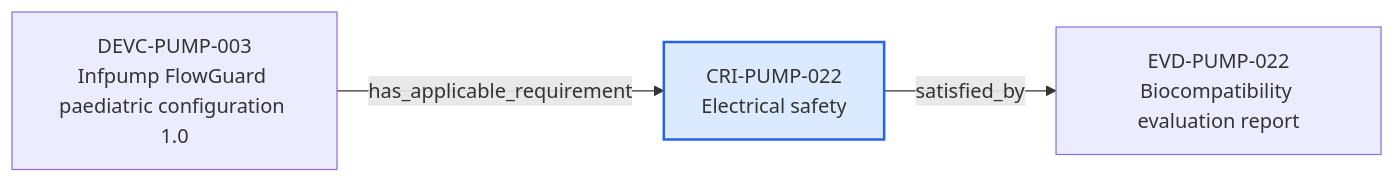
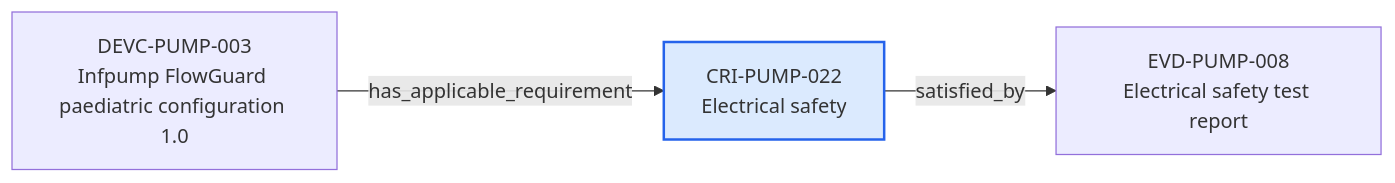
The diagram in content/06-Infpump FlowGuard ontology notes/compliance-requirement-instance/CRI-PUMP-022-electrical-safety.md (mvattulainen/mdrontology), drawn with Mermaid before and after one commit. The commit also changed other lines of this file and 321 other files, not shown here.

Commit message:
Implement Mermaid ontology audit findings

````diff
--- a/content/06-Infpump FlowGuard ontology notes/compliance-requirement-instance/CRI-PUMP-022-electrical-safety.md
+++ b/content/06-Infpump FlowGuard ontology notes/compliance-requirement-instance/CRI-PUMP-022-electrical-safety.md
@@ -85,10 +87,10 @@
 ```mermaid
 flowchart LR
   CURRENT["CRI-PUMP-022<br/>Electrical safety"]
   PREV0["DEVC-PUMP-003<br/>Infpump FlowGuard paediatric configuration 1.0"]
   PREV0 -->|"has_applicable_requirement"| CURRENT
-  NEXT0["EVD-PUMP-022<br/>Biocompatibility evaluation report"]
+  NEXT0["EVD-PUMP-008<br/>Electrical safety test report"]
   CURRENT -->|"satisfied_by"| NEXT0
   classDef current fill:#dbeafe,stroke:#2563eb,stroke-width:2px
   class CURRENT current
 ```
````
